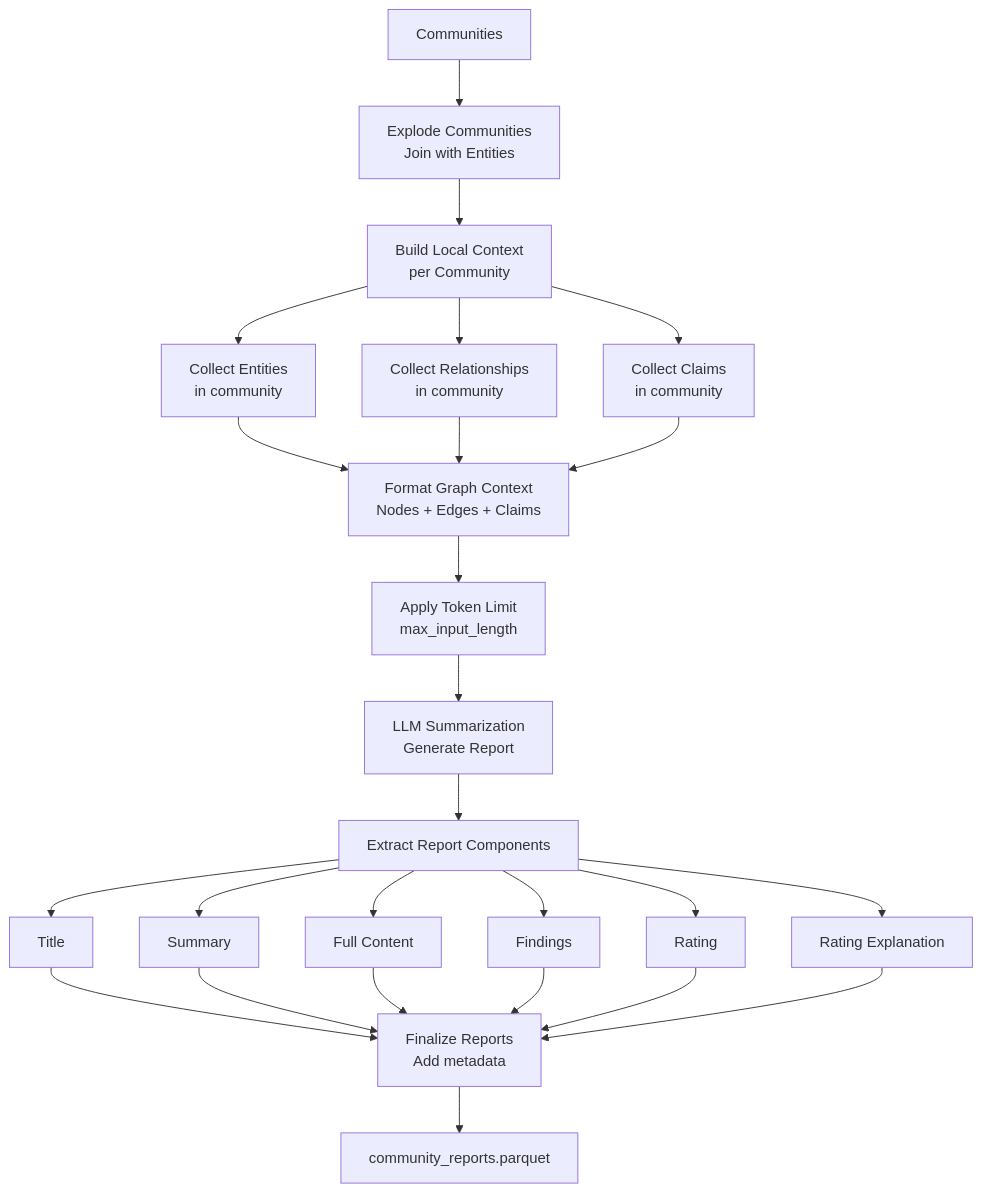
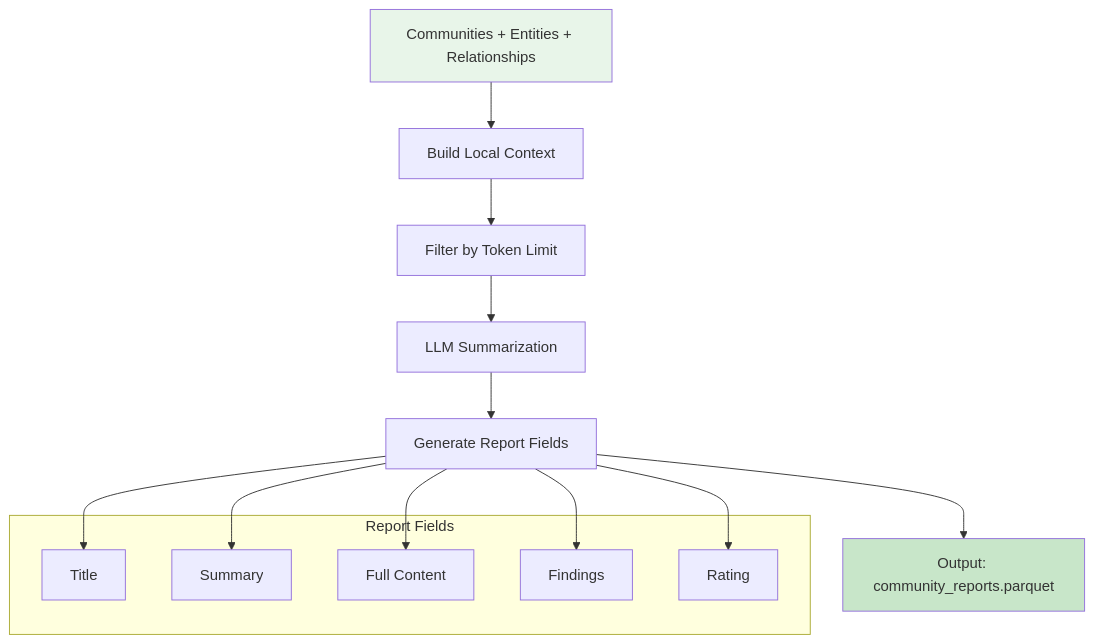
Before and after one commit to huytu0702/gtog: the seventh of 10 diagrams in docs/tunh/GRAPHRAG_INDEXING_FLOW.md, drawn with Mermaid. The commit also changed other lines of this file and 1 other file, not shown here.

````diff
--- a/docs/tunh/GRAPHRAG_INDEXING_FLOW.md
+++ b/docs/tunh/GRAPHRAG_INDEXING_FLOW.md
@@ -464,36 +405,25 @@
 ```mermaid
-flowchart TB
-    A[Communities] --> B[Explode Communities<br/>Join with Entities]
+graph TB
+    A[Communities + Entities + Relationships] --> B[Build Local Context]
+    B --> C[Filter by Token Limit]
+    C --> D[LLM Summarization]
+    D --> E[Generate Report Fields]
+    E --> F[Output: community_reports.parquet]
     
-    B --> C[Build Local Context<br/>per Community]
+    subgraph "Report Fields"
+        G[Title]
+        H[Summary]
+        I[Full Content]
+        J[Findings]
+        K[Rating]
+    end
     
-    C --> D[Collect Entities<br/>in community]
-    C --> E[Collect Relationships<br/>in community]
-    C --> F[Collect Claims<br/>in community]
+    E --> G
+    E --> H
+    E --> I
+    E --> J
+    E --> K
     
-    D --> G[Format Graph Context<br/>Nodes + Edges + Claims]
-    E --> G
-    F --> G
-    
-    G --> H[Apply Token Limit<br/>max_input_length]
-    
-    H --> I[LLM Summarization<br/>Generate Report]
-    
-    I --> J[Extract Report Components]
-    
-    J --> K1[Title]
-    J --> K2[Summary]
-    J --> K3[Full Content]
-    J --> K4[Findings]
-    J --> K5[Rating]
-    J --> K6[Rating Explanation]
-    
-    K1 --> L[Finalize Reports<br/>Add metadata]
-    K2 --> L
-    K3 --> L
-    K4 --> L
-    K5 --> L
-    K6 --> L
-    
-    L --> M[community_reports.parquet]
+    style A fill:#e8f5e9
+    style F fill:#c8e6c9
 ```
````
